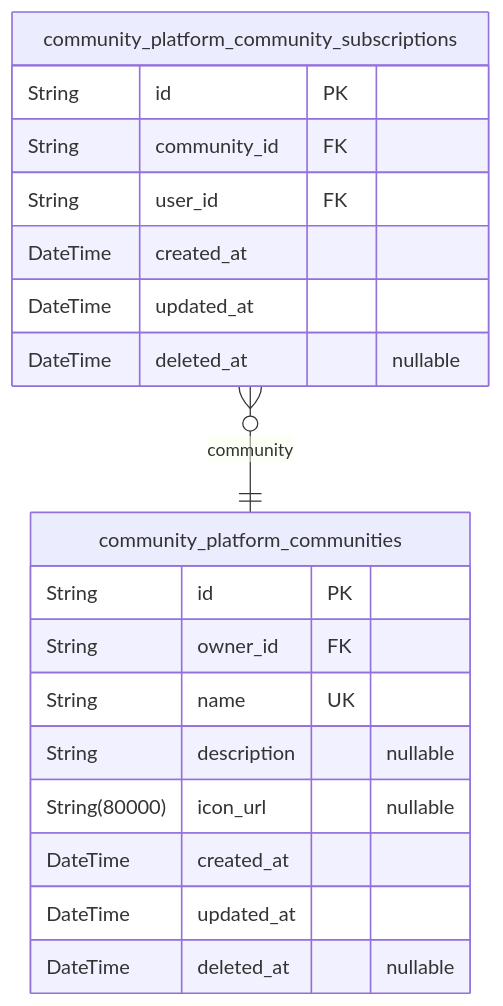
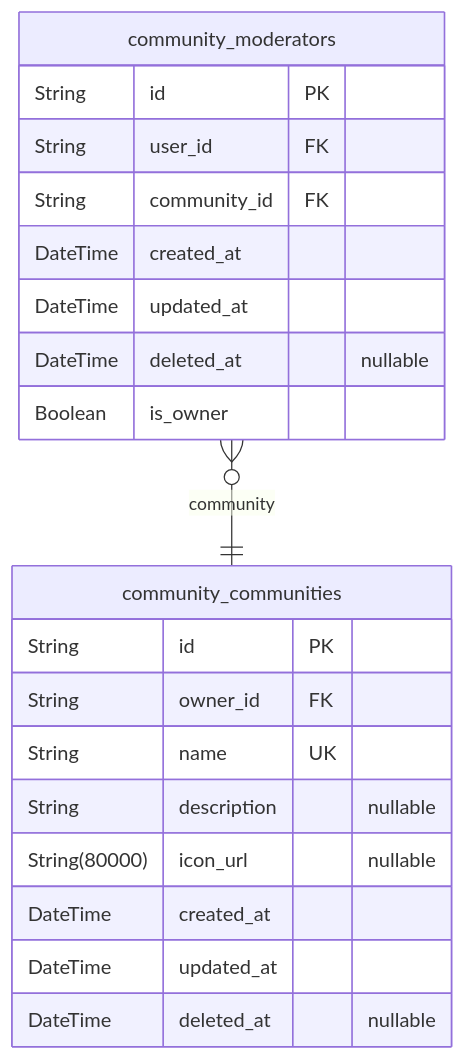
Before and after one commit to wrtnlabs/autobe-examples: the second of 4 diagrams in qwen/qwen3-30b-a3b-thinking-2507/reddit/docs/ERD.md, drawn with Mermaid. The commit also changed other lines of this file and 3171 other files, not shown here.

````diff
--- a/qwen/qwen3-30b-a3b-thinking-2507/reddit/docs/ERD.md
+++ b/qwen/qwen3-30b-a3b-thinking-2507/reddit/docs/ERD.md
@@ -425,22 +316,23 @@
 ```mermaid
 erDiagram
-"community_platform_communities" {
+"community_communities" {
   String id PK
   String owner_id FK
   String name UK
   String description "nullable"
   String(80000) icon_url "nullable"
   DateTime created_at
   DateTime updated_at
   DateTime deleted_at "nullable"
 }
-"community_platform_community_subscriptions" {
+"community_moderators" {
   String id PK
+  String user_id FK
   String community_id FK
-  String user_id FK
   DateTime created_at
   DateTime updated_at
   DateTime deleted_at "nullable"
+  Boolean is_owner
 }
-"community_platform_community_subscriptions" }o--|| "community_platform_communities" : community
+"community_moderators" }o--|| "community_communities" : community
 ```
````
